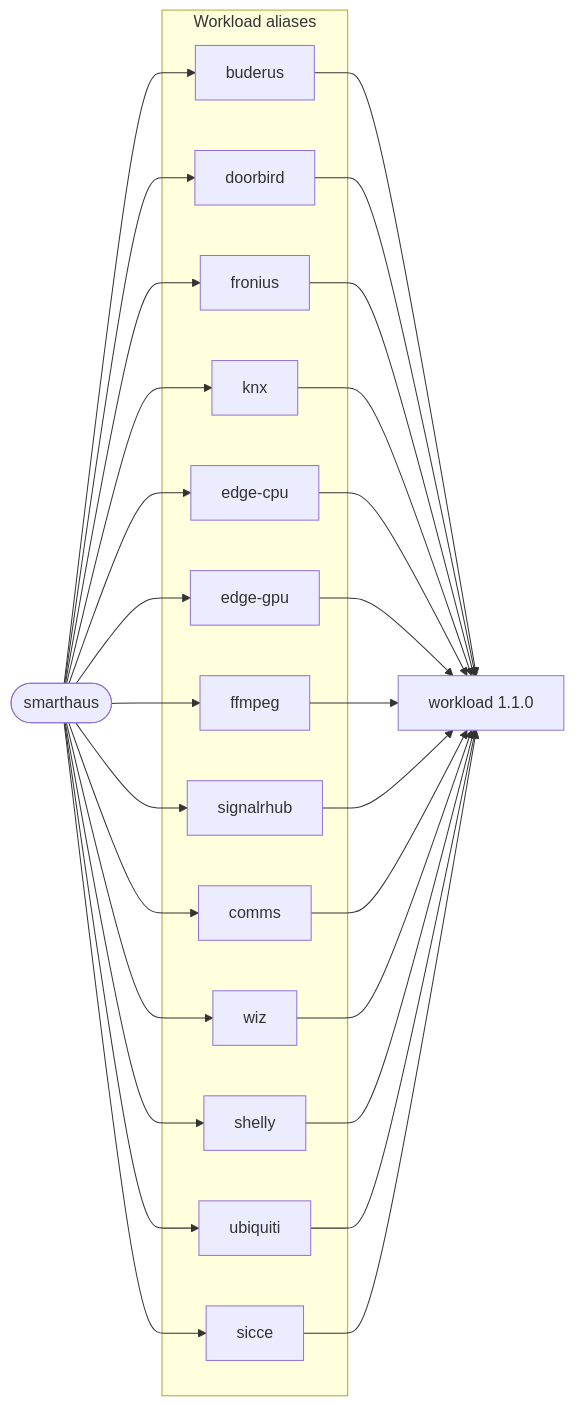
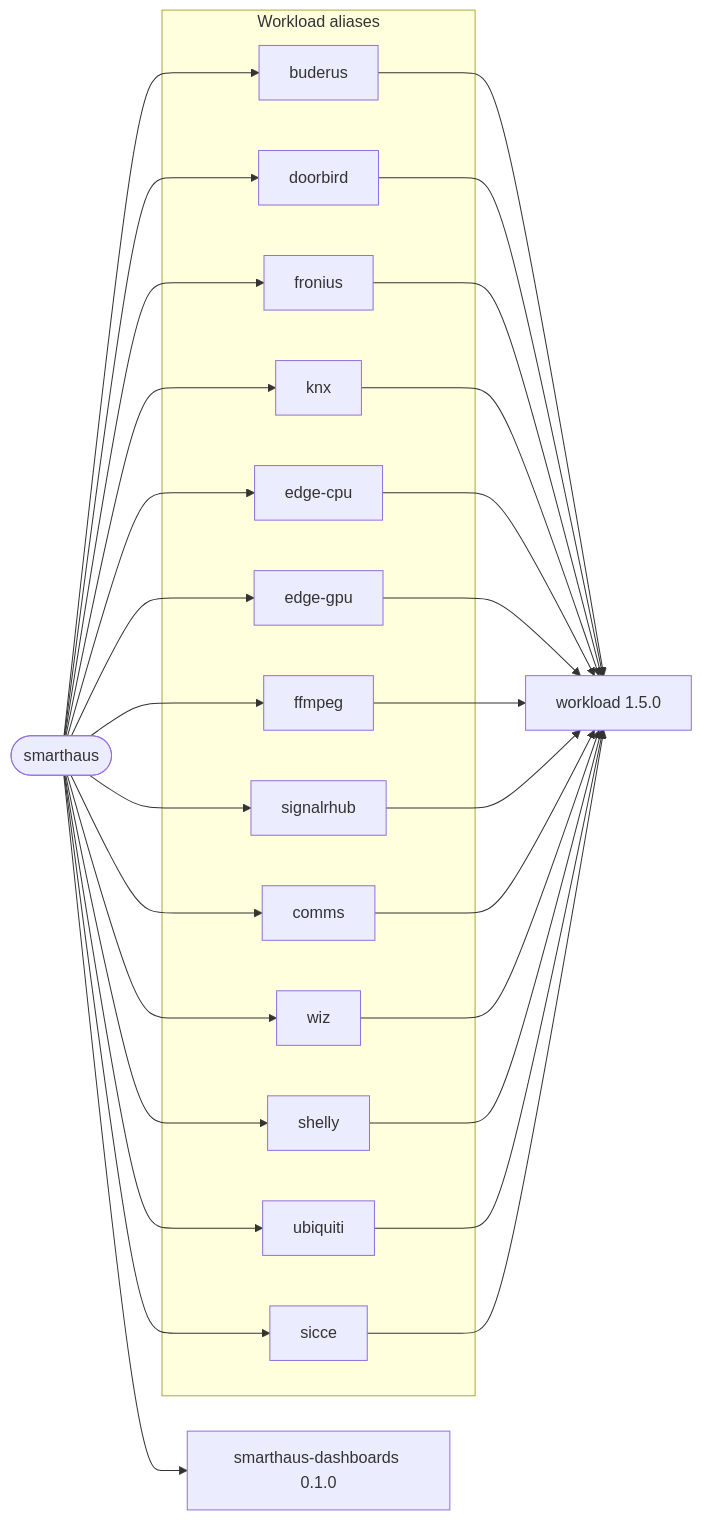
Before and after one commit to f2calv/SmartHaus: the diagram in charts/smarthaus/README.md, drawn with Mermaid. The commit also changed other lines of this file and 34 other files, not shown here.

````diff
--- a/charts/smarthaus/README.md
+++ b/charts/smarthaus/README.md
@@ -14,28 +14,30 @@
 ```mermaid
 graph LR
   SmartHaus([smarthaus])
-  Workload[workload 1.1.0]
+  Workload[workload 1.5.0]
+  Dashboards[smarthaus-dashboards 0.1.0]
 
   subgraph Aliases[Workload aliases]
     Buderus[buderus]
     DoorBird[doorbird]
     Fronius[fronius]
     Knx[knx]
     EdgeCpu[edge-cpu]
     EdgeGpu[edge-gpu]
     Ffmpeg[ffmpeg]
     SignalRHub[signalrhub]
     Comms[comms]
     Wiz[wiz]
     Shelly[shelly]
     Ubiquiti[ubiquiti]
     Sicce[sicce]
   end
 
   SmartHaus --> Buderus & DoorBird & Fronius & Knx
+  SmartHaus --> Dashboards
   SmartHaus --> EdgeCpu & EdgeGpu & Ffmpeg
   SmartHaus --> SignalRHub & Comms & Wiz & Shelly & Ubiquiti & Sicce
   Buderus & DoorBird & Fronius & Knx --> Workload
   EdgeCpu & EdgeGpu & Ffmpeg --> Workload
   SignalRHub & Comms & Wiz & Shelly & Ubiquiti & Sicce --> Workload
 ```
````
